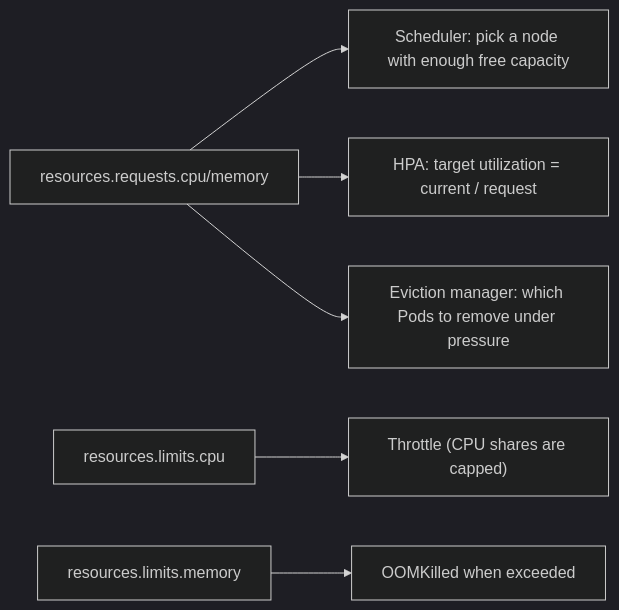
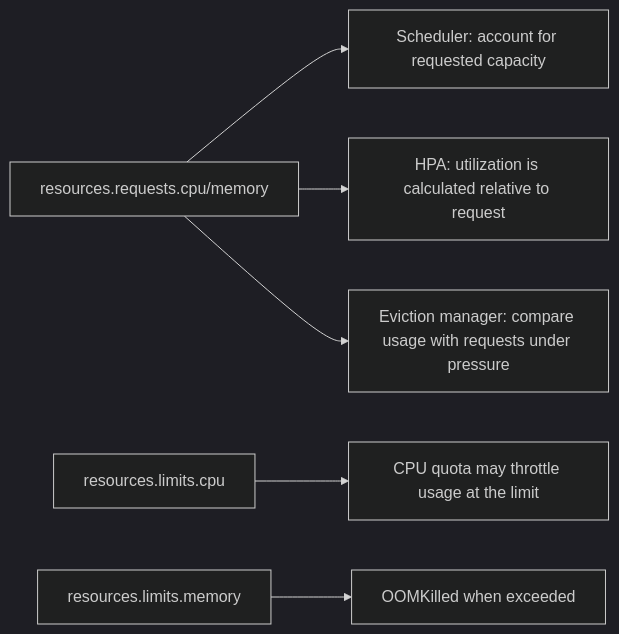
One commit to karthikreddy432/CKAD changed diagram 18 of 53 in CKAD_notes.md. Above: the diagram before and after it, drawn with Mermaid (dark theme). The commit also changed other lines of this file, not shown here.

````diff
--- a/CKAD_notes.md
+++ b/CKAD_notes.md
@@ -3187,8 +3186,8 @@
 ```mermaid
 flowchart LR
-    R["resources.requests.cpu/memory"] --> S["Scheduler: pick a node with enough free capacity"]
-    R --> H["HPA: target utilization = current / request"]
-    R --> E["Eviction manager: which Pods to remove under pressure"]
-    L["resources.limits.cpu"] --> T["Throttle (CPU shares are capped)"]
+    R["resources.requests.cpu/memory"] --> S["Scheduler: account for requested capacity"]
+    R --> H["HPA: utilization is calculated relative to request"]
+    R --> E["Eviction manager: compare usage with requests under pressure"]
+    L["resources.limits.cpu"] --> T["CPU quota may throttle usage at the limit"]
     L2["resources.limits.memory"] --> K["OOMKilled when exceeded"]
 ```
````
